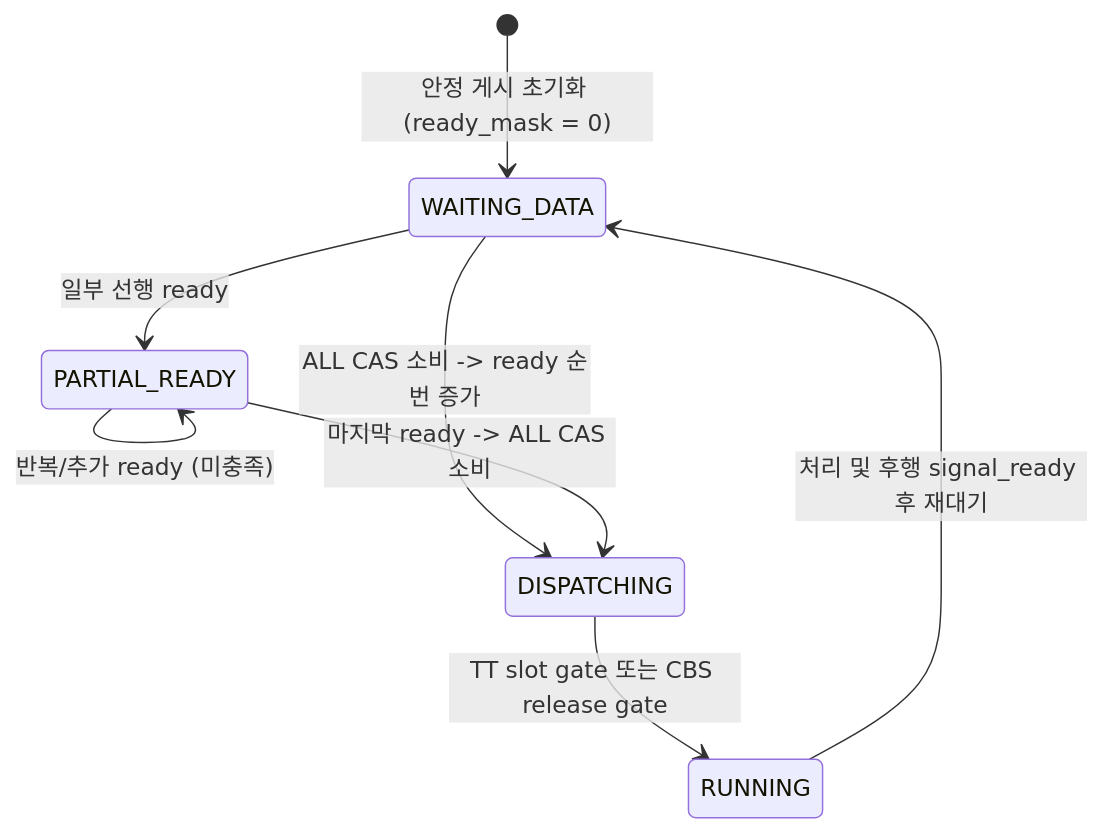
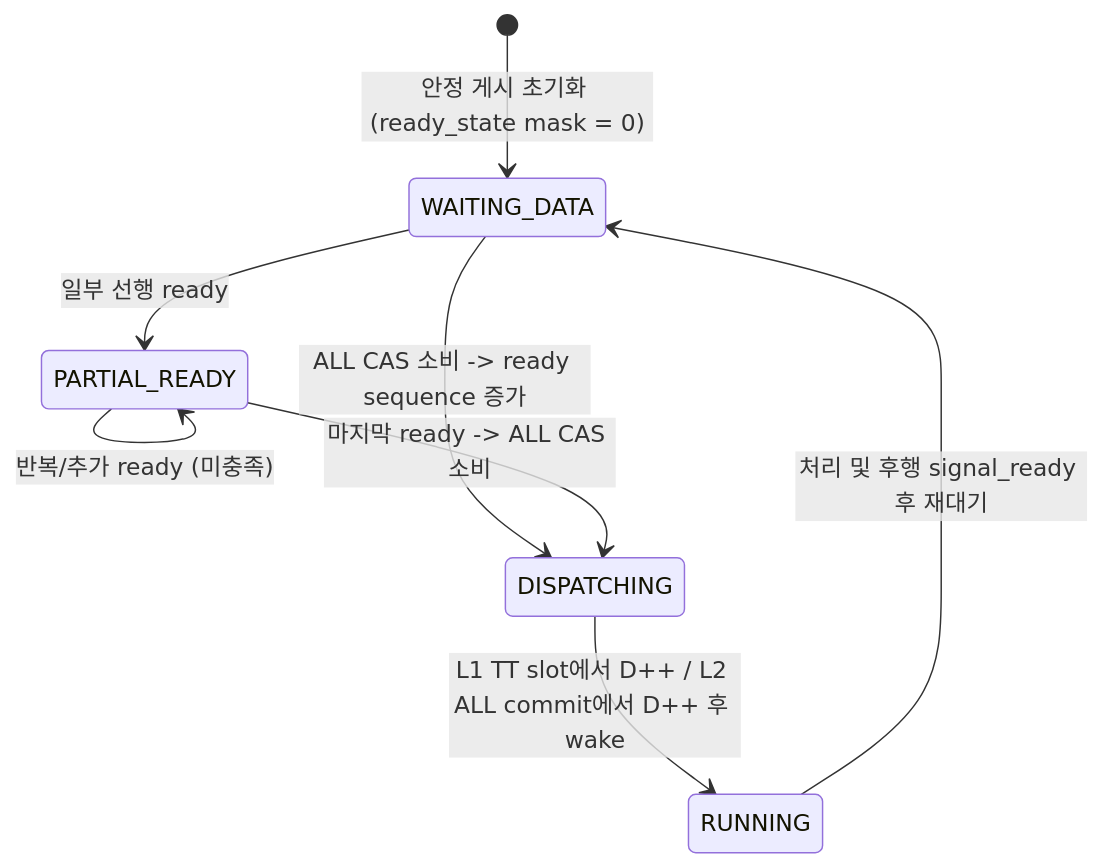
One commit to eclipse-timpani/timpani26 changed the second of 4 diagrams in doc/design/kor/HLD-009-data-driven-workload.md. Above: the diagram before and after it, drawn with Mermaid. The commit also changed other lines of this file and 9 other files, not shown here.

````diff
--- a/doc/design/kor/HLD-009-data-driven-workload.md
+++ b/doc/design/kor/HLD-009-data-driven-workload.md
@@ -84,13 +86,13 @@
 ```mermaid
 stateDiagram-v2
-    [*] --> WAITING_DATA: 안정 게시 초기화 (ready_mask = 0)
+    [*] --> WAITING_DATA: 안정 게시 초기화 (ready_state mask = 0)
 
     WAITING_DATA --> PARTIAL_READY: 일부 선행 ready
     PARTIAL_READY --> PARTIAL_READY: 반복/추가 ready (미충족)
 
-    WAITING_DATA --> DISPATCHING: ALL CAS 소비 -> ready 순번 증가
+    WAITING_DATA --> DISPATCHING: ALL CAS 소비 -> ready sequence 증가
     PARTIAL_READY --> DISPATCHING: 마지막 ready -> ALL CAS 소비
 
-    DISPATCHING --> RUNNING: TT slot gate 또는 CBS release gate
+    DISPATCHING --> RUNNING: L1 TT slot에서 D++ / L2 ALL commit에서 D++ 후 wake
     RUNNING --> WAITING_DATA: 처리 및 후행 signal_ready 후 재대기
 ```
````
